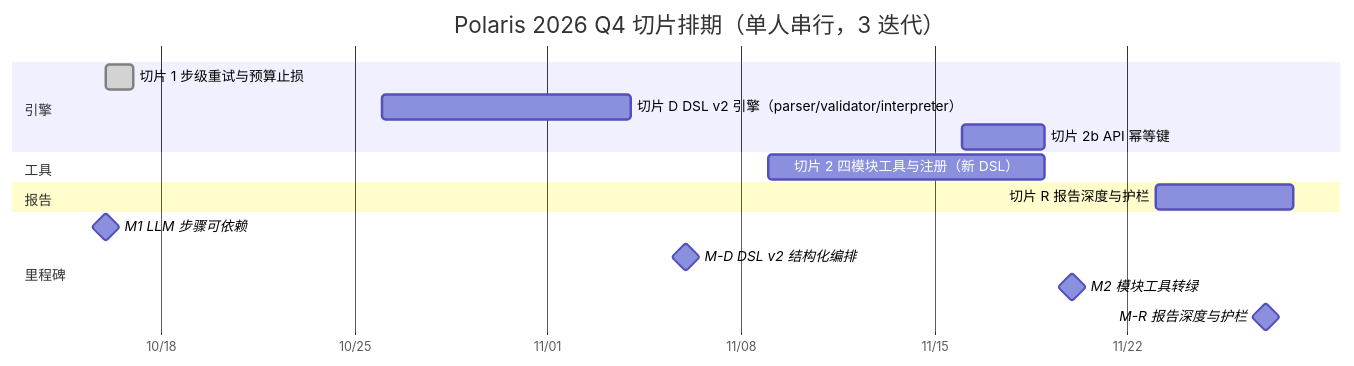
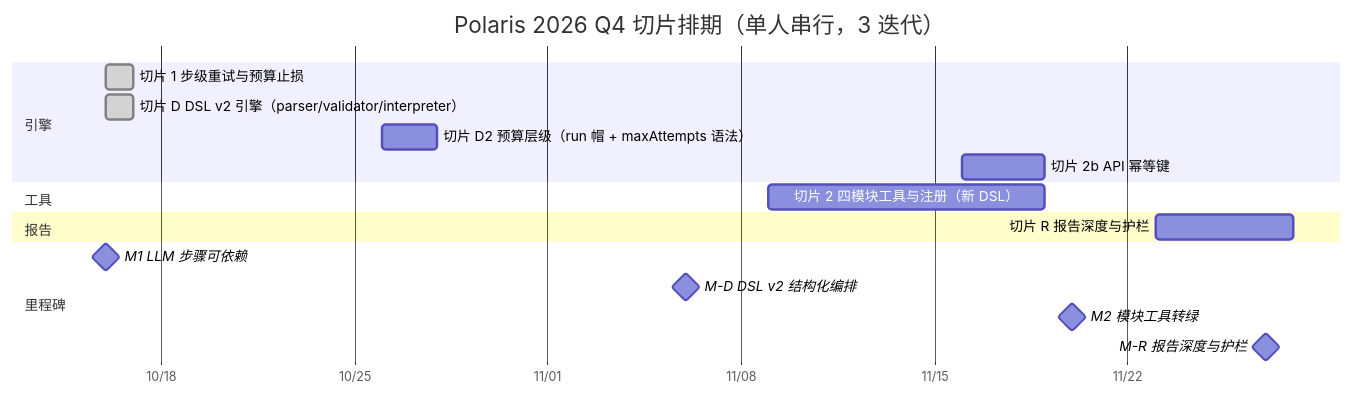
Before and after one commit to 55aaseclab/Polaris: the diagram in apps/docs/site/development/roadmap.md, drawn with Mermaid. The commit also changed other lines of this file, not shown here.

First line of the commit message:
docs(roadmap): V1.3.0 cut slice D2 (budget hierarchy) ahead of M2

````diff
--- a/apps/docs/site/development/roadmap.md
+++ b/apps/docs/site/development/roadmap.md
@@ -75,19 +77,20 @@
 ```mermaid
 gantt
     title Polaris 2026 Q4 切片排期（单人串行，3 迭代）
     dateFormat YYYY-MM-DD
     axisFormat %m/%d
     section 引擎
     切片 1 步级重试与预算止损 :done, a1, 2026-10-16, 1d
-    切片 D DSL v2 引擎（parser/validator/interpreter） :a2, 2026-10-26, 9d
+    切片 D DSL v2 引擎（parser/validator/interpreter） :done, a2, 2026-10-16, 1d
+    切片 D2 预算层级（run 帽 + maxAttempts 语法） :a4, 2026-10-26, 2d
     切片 2b API 幂等键 :a3, 2026-11-16, 3d
     section 工具
     切片 2 四模块工具与注册（新 DSL） :b1, 2026-11-09, 10d
     section 报告
     切片 R 报告深度与护栏 :r1, 2026-11-23, 5d
     section 里程碑
     M1 LLM 步骤可依赖 :milestone, m1, 2026-10-16, 0d
     M-D DSL v2 结构化编排 :milestone, md, 2026-11-06, 0d
     M2 模块工具转绿 :milestone, m2, 2026-11-20, 0d
     M-R 报告深度与护栏 :milestone, mr, 2026-11-27, 0d
 ```
````
